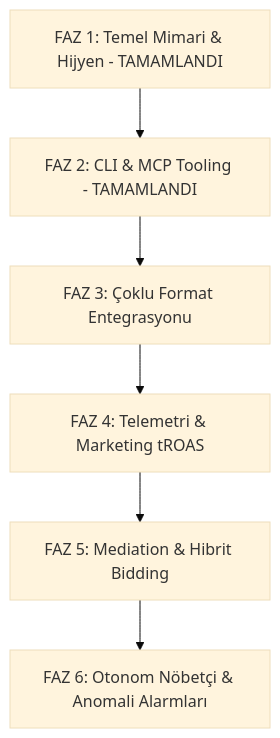
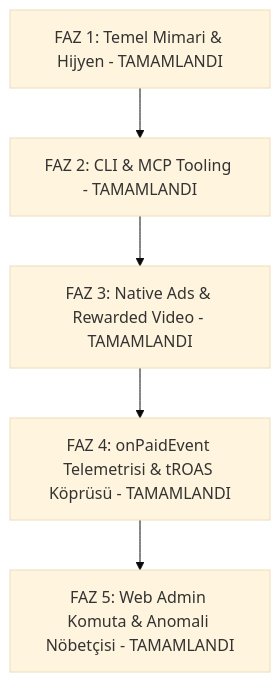
The diagram in monetization-assets/ADMOB_MONETIZATION_ROADMAP.md (gky61/s-cak-f-rsatlar), drawn with Mermaid (base theme) before and after one commit. The commit also changed other lines of this file and 33 other files, not shown here.

Commit message:
feat(notifications & observability & monetization): swipe-to-read, mark-all pill button, AdMob native stream ads, and GA4 realtime observability enhancements

````diff
--- a/monetization-assets/ADMOB_MONETIZATION_ROADMAP.md
+++ b/monetization-assets/ADMOB_MONETIZATION_ROADMAP.md
@@ -107,8 +105,7 @@
 ```mermaid
 graph TD
     A[FAZ 1: Temel Mimari & Hijyen - TAMAMLANDI] --> B[FAZ 2: CLI & MCP Tooling - TAMAMLANDI]
-    B --> C[FAZ 3: Çoklu Format Entegrasyonu]
-    C --> D[FAZ 4: Telemetri & Marketing tROAS]
-    D --> E[FAZ 5: Mediation & Hibrit Bidding]
-    E --> F[FAZ 6: Otonom Nöbetçi & Anomali Alarmları]
+    B --> C[FAZ 3: Native Ads & Rewarded Video - TAMAMLANDI]
+    C --> D[FAZ 4: onPaidEvent Telemetrisi & tROAS Köprüsü - TAMAMLANDI]
+    D --> E[FAZ 5: Web Admin Komuta & Anomali Nöbetçisi - TAMAMLANDI]
 ```
````
